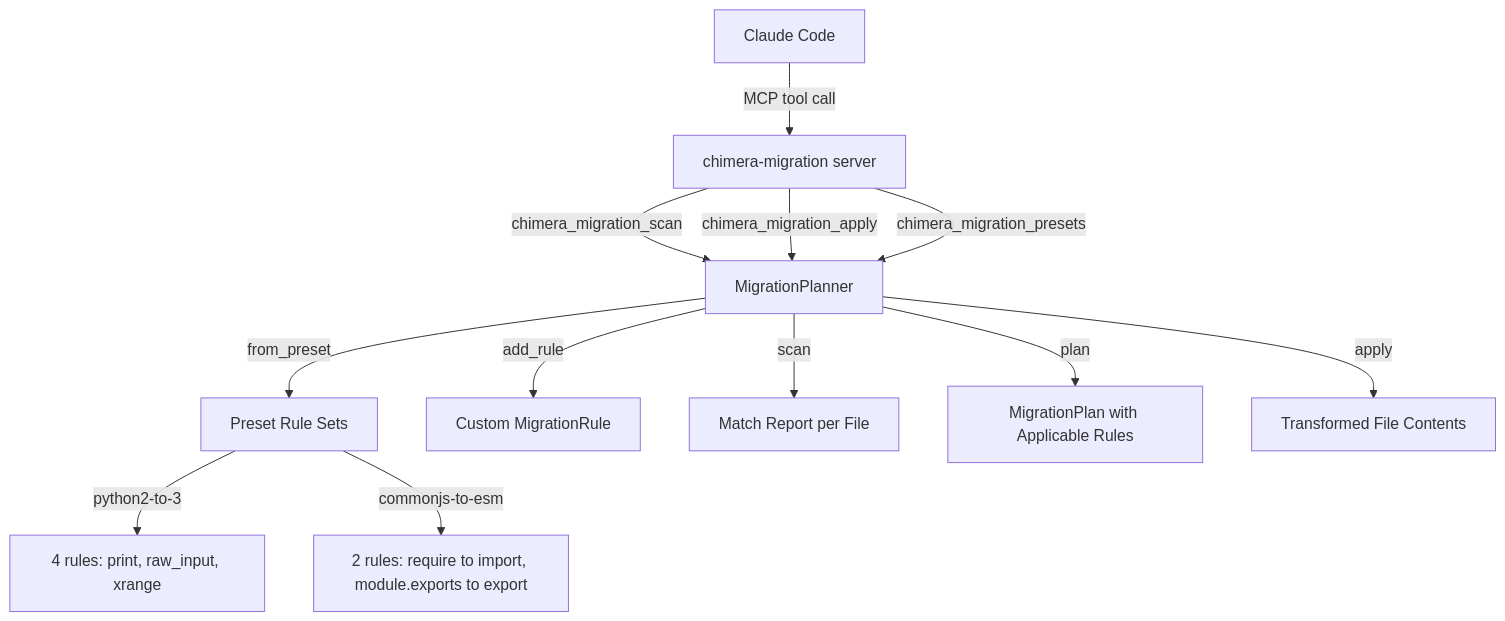
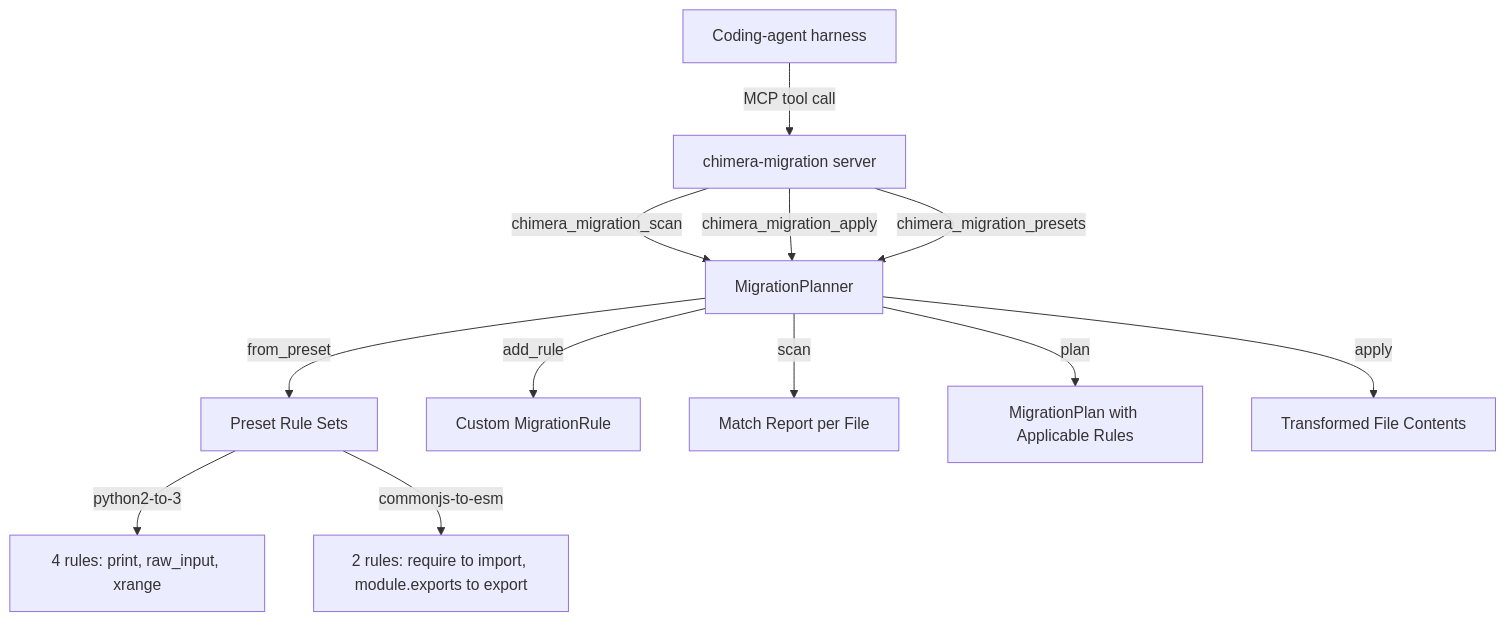
One commit to 0bserver07/chimera changed the diagram in docs/playbooks/06-migration.md. Above: the diagram before and after it, drawn with Mermaid. The commit also changed other lines of this file and 17 other files, not shown here.

````diff
--- a/docs/playbooks/06-migration.md
+++ b/docs/playbooks/06-migration.md
@@ -11,14 +11,14 @@
 ```mermaid
 graph TD
-    CC[Claude Code] -->|MCP tool call| MS[chimera-migration server]
+    H0[Coding-agent harness] -->|MCP tool call| MS[chimera-migration server]
     MS -->|chimera_migration_scan| MP[MigrationPlanner]
     MS -->|chimera_migration_apply| MP
     MS -->|chimera_migration_presets| MP
     MP -->|from_preset| PR[Preset Rule Sets]
     PR -->|python2-to-3| R1["4 rules: print, raw_input, xrange"]
     PR -->|commonjs-to-esm| R2["2 rules: require to import, module.exports to export"]
     MP -->|add_rule| CR[Custom MigrationRule]
     MP -->|scan| SC[Match Report per File]
     MP -->|plan| PL[MigrationPlan with Applicable Rules]
     MP -->|apply| TR[Transformed File Contents]
 ```
````
